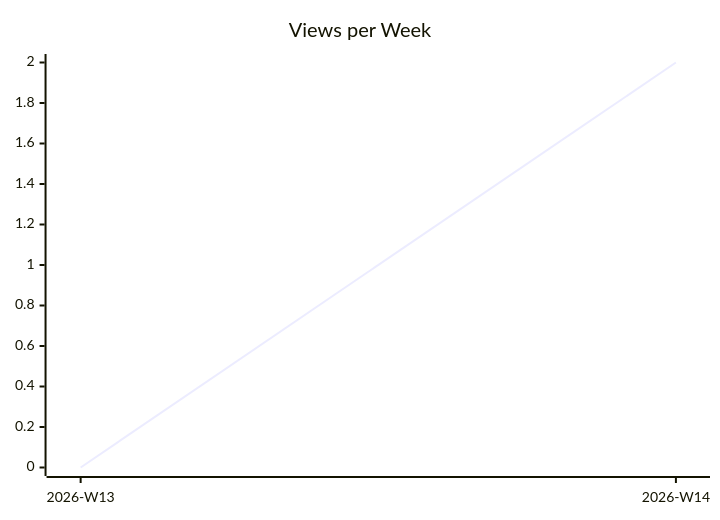
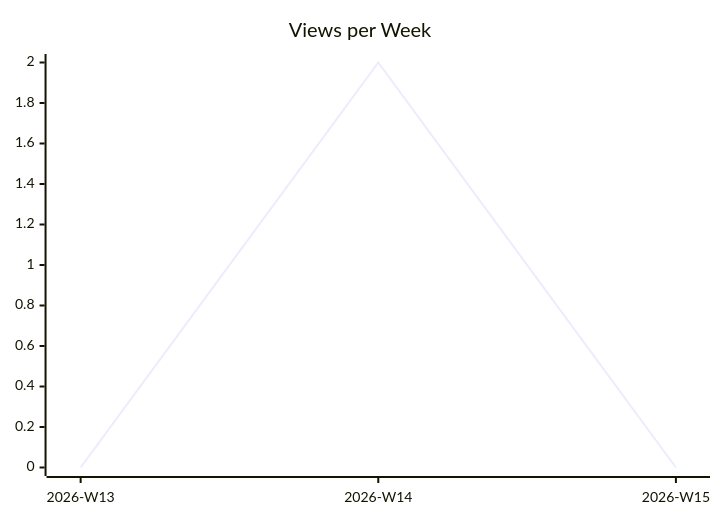
The second of 3 diagrams in karlmdavis/justdavis-ansible/README.md (justdavis-family/github-analytics-data), drawn with Mermaid before and after one commit. The commit also changed other lines of this file and 63 other files, not shown here.

````diff
--- a/karlmdavis/justdavis-ansible/README.md
+++ b/karlmdavis/justdavis-ansible/README.md
@@ -12,6 +12,6 @@
 ```mermaid
 xychart-beta
   title "Views per Week"
-  x-axis ["2026-W13", "2026-W14"]
-  line [0, 2]
+  x-axis ["2026-W13", "2026-W14", "2026-W15"]
+  line [0, 2, 0]
 ```
````
